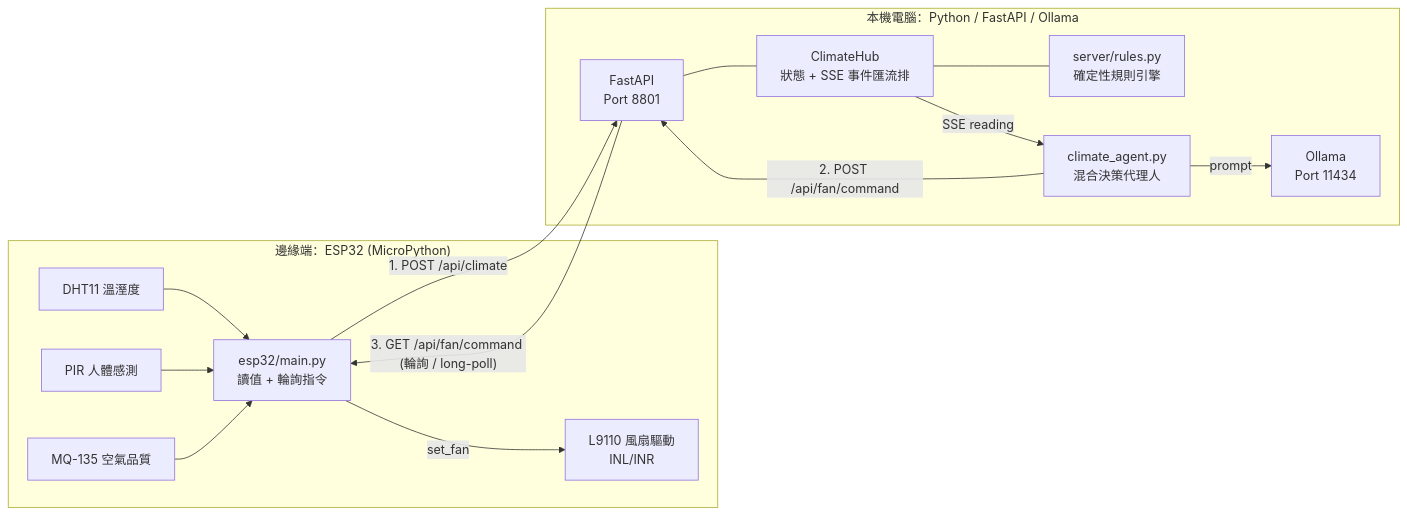
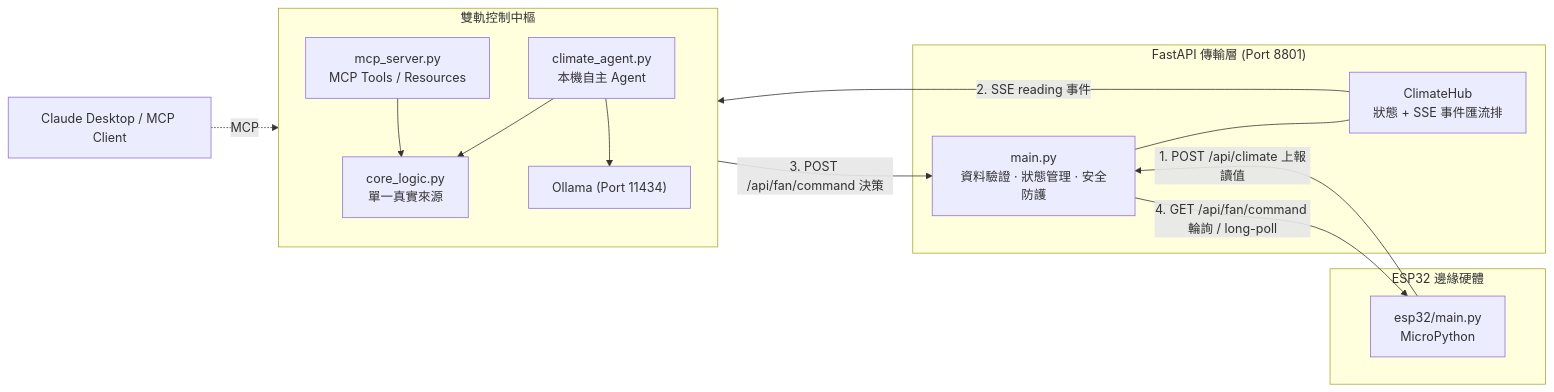
One commit to laura-chou/esp32-mcp-climate-control changed the diagram in README.md. Above: the diagram before and after it, drawn with Mermaid. The commit also changed other lines of this file, not shown here.

First line of the commit message:
docs: restructure README with simplified three-layer architecture

````diff
--- a/README.md
+++ b/README.md
@@ -8,30 +10,29 @@
 ```mermaid
 flowchart LR
-    subgraph ESP32["邊緣端：ESP32 (MicroPython)"]
-        DHT[DHT11 溫溼度]
-        PIR[PIR 人體感測]
-        MQ[MQ-135 空氣品質]
-        FW["esp32/main.py<br/>讀值 + 輪詢指令"]
-        FAN["L9110 風扇驅動<br/>INL/INR"]
-        DHT --> FW
-        PIR --> FW
-        MQ --> FW
-        FW -->|set_fan| FAN
+    subgraph EDGE["ESP32 邊緣硬體"]
+        FW["esp32/main.py<br/>MicroPython"]
     end
 
-    subgraph PC["本機電腦：Python / FastAPI / Ollama"]
-        API["FastAPI<br/>Port 8801"]
+    subgraph TRANSPORT["FastAPI 傳輸層 (Port 8801)"]
+        API["main.py<br/>資料驗證 · 狀態管理 · 安全防護"]
         HUB["ClimateHub<br/>狀態 + SSE 事件匯流排"]
-        RULES["server/rules.py<br/>確定性規則引擎"]
-        AGENT["climate_agent.py<br/>混合決策代理人"]
-        OLLAMA["Ollama<br/>Port 11434"]
         API --- HUB
-        HUB --- RULES
-        HUB -->|SSE reading| AGENT
-        AGENT -->|prompt| OLLAMA
     end
 
-    FW -->|"1. POST /api/climate"| API
-    AGENT -->|"2. POST /api/fan/command"| API
-    API -->|"3. GET /api/fan/command (輪詢 / long-poll)"| FW
+    subgraph CONTROL["雙軌控制中樞"]
+        direction TB
+        MCP["mcp_server.py<br/>MCP Tools / Resources"]
+        AGENT["climate_agent.py<br/>本機自主 Agent"]
+        OLLAMA["Ollama (Port 11434)"]
+        MCP --> CORE["core_logic.py<br/>單一真實來源"]
+        AGENT --> CORE
+        AGENT --> OLLAMA
+    end
+
+    FW -->|"1. POST /api/climate 上報讀值"| API
+    HUB -->|"2. SSE reading 事件"| CORE
+    CORE -->|"3. POST /api/fan/command 決策"| API
+    API -->|"4. GET /api/fan/command 輪詢 / long-poll"| FW
+
+    CLAUDE["Claude Desktop / MCP Client"] -.->|MCP| MCP
 ```
````
